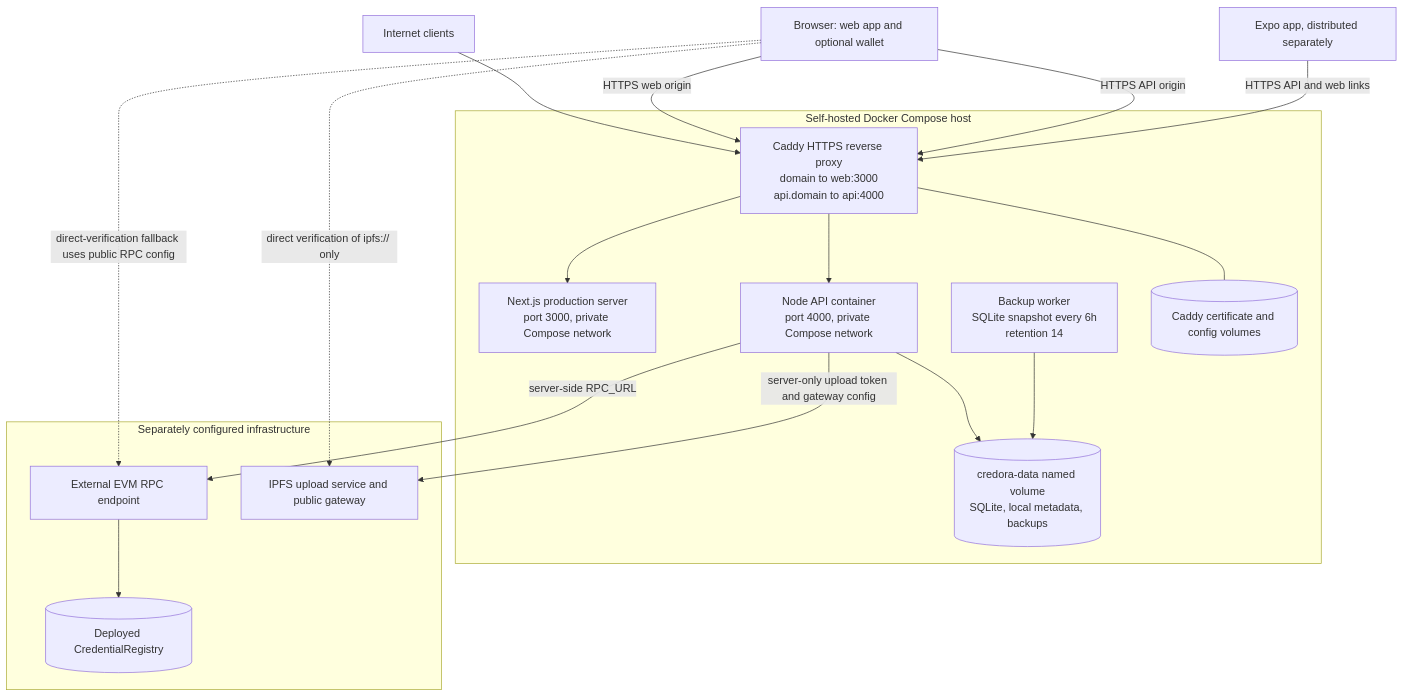
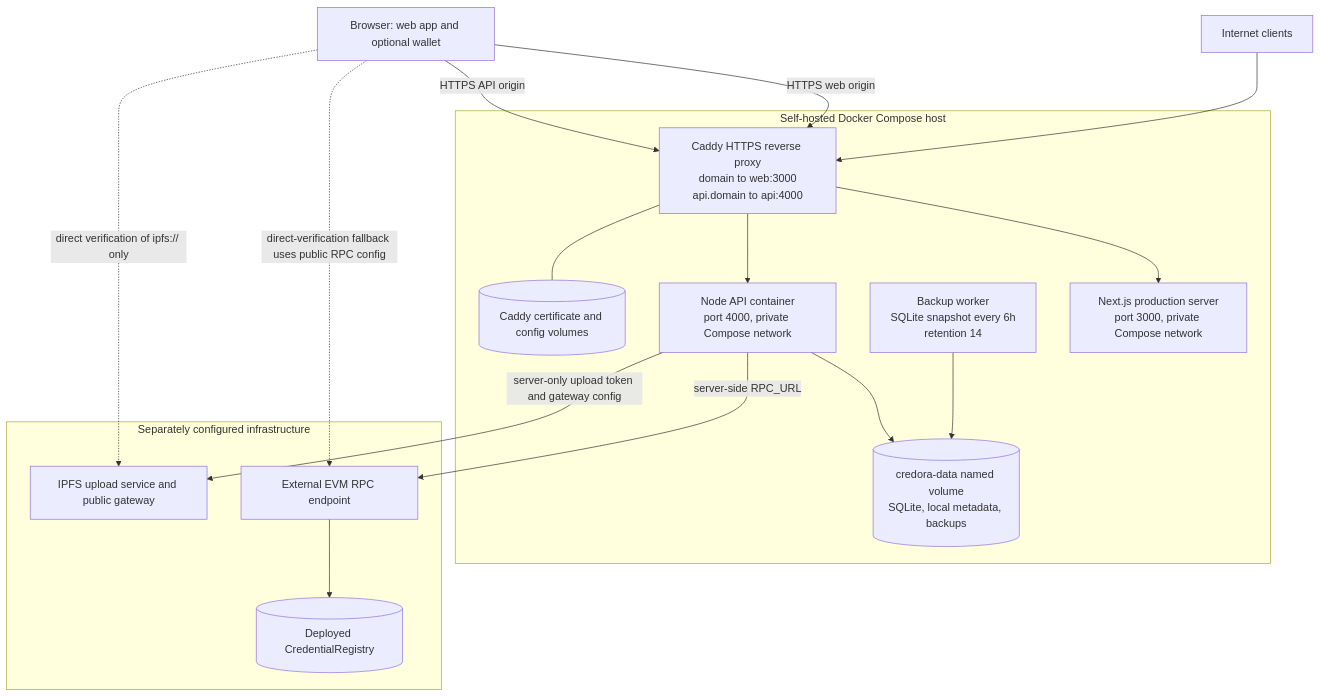
The eighth of 8 diagrams in docs/architecture/diagrams.md (vishnunathasuresh/credora), drawn with Mermaid before and after one commit. The commit also changed other lines of this file and 42 other files, not shown here.

````diff
--- a/docs/architecture/diagrams.md
+++ b/docs/architecture/diagrams.md
@@ -375,36 +359,34 @@
 ```mermaid
 flowchart TB
   Internet[Internet clients]
   Browser[Browser: web app and optional wallet]
-  Phone[Expo app, distributed separately]
 
   subgraph Host[Self-hosted Docker Compose host]
     Caddy[Caddy HTTPS reverse proxy<br/>domain to web:3000<br/>api.domain to api:4000]
     Web[Next.js production server<br/>port 3000, private Compose network]
     Api[Node API container<br/>port 4000, private Compose network]
     Backup[Backup worker<br/>SQLite snapshot every 6h<br/>retention 14]
     Volume[(credora-data named volume<br/>SQLite, local metadata, backups)]
     CaddyVol[(Caddy certificate and config volumes)]
   end
 
   subgraph Managed[Separately configured infrastructure]
     Rpc[External EVM RPC endpoint]
     Registry[(Deployed CredentialRegistry)]
     Ipfs[IPFS upload service and public gateway]
   end
 
   Internet --> Caddy
   Browser -->|HTTPS web origin| Caddy
   Browser -->|HTTPS API origin| Caddy
-  Phone -->|HTTPS API and web links| Caddy
   Caddy --> Web
   Caddy --> Api
   Caddy --- CaddyVol
   Api --> Volume
   Backup --> Volume
   Api -->|server-side RPC_URL| Rpc
   Rpc --> Registry
   Api -->|server-only upload token and gateway config| Ipfs
   Browser -. direct-verification fallback uses public RPC config .-> Rpc
   Browser -. direct verification of ipfs:// only .-> Ipfs
 ```
````
